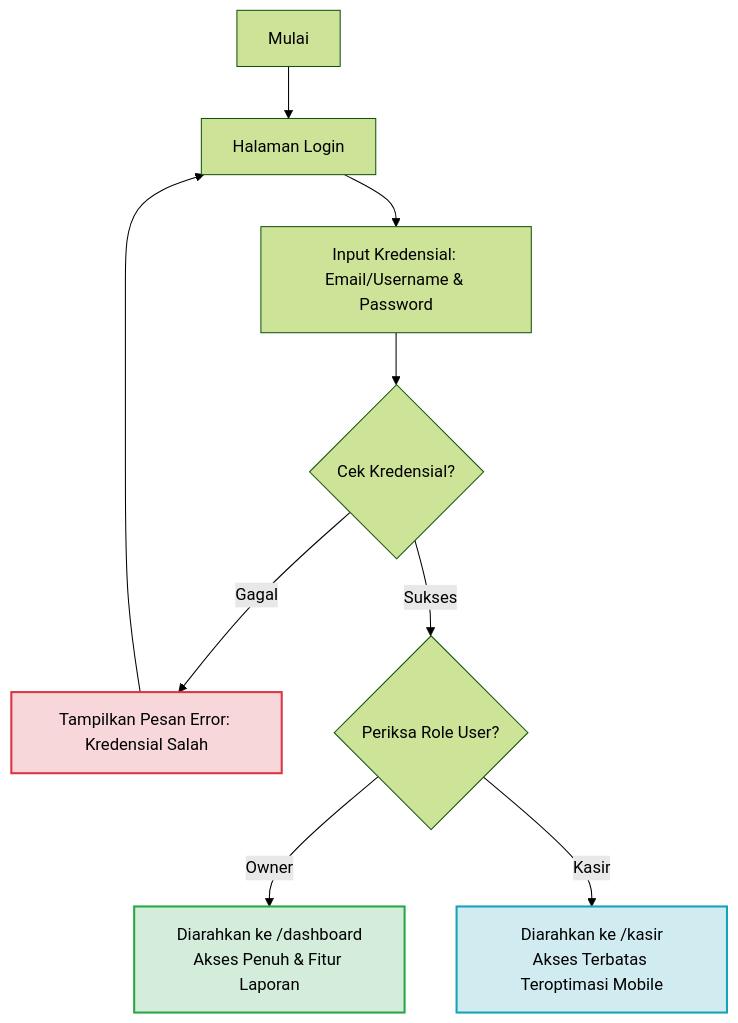
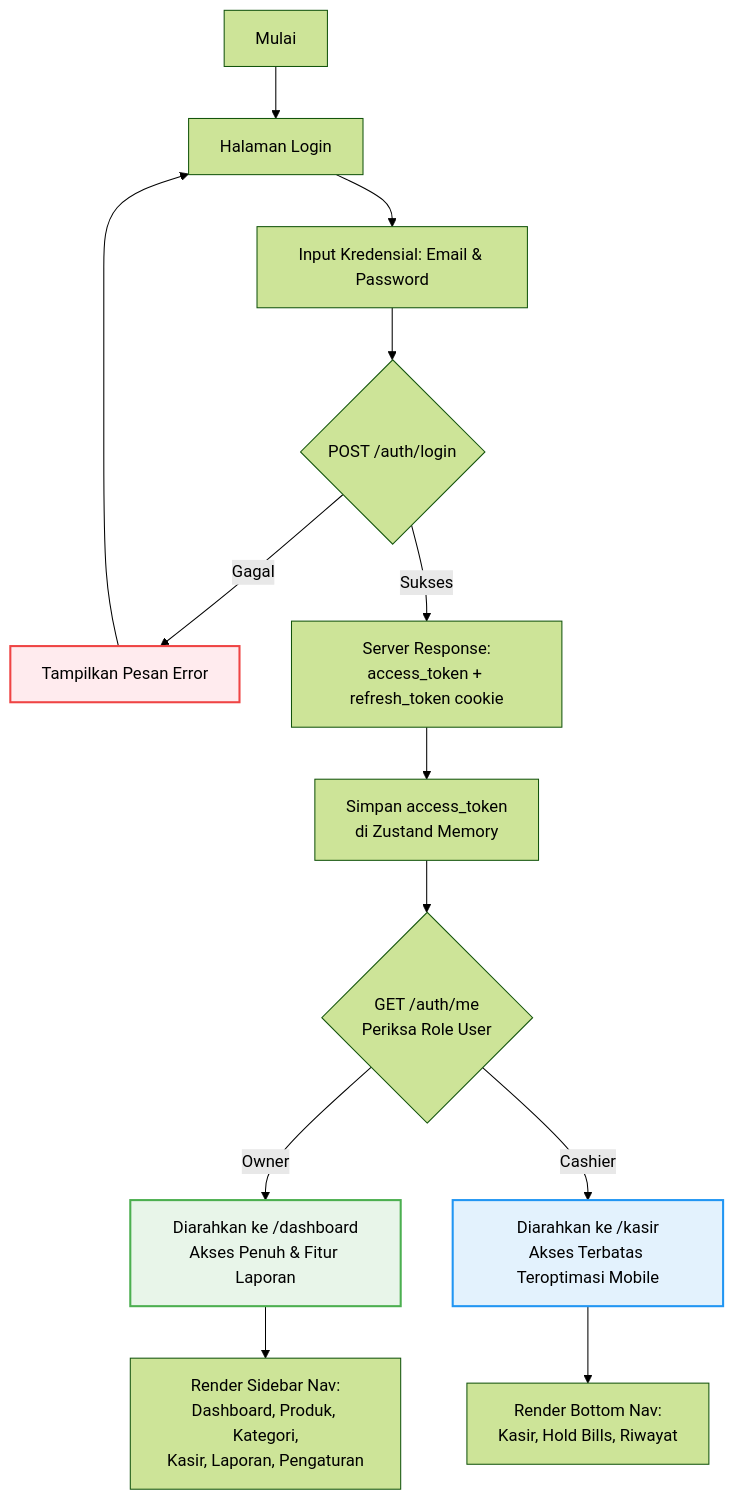
One commit to luthfi-indrawan/SmartCost changed the first of 5 diagrams in docs/USER_FLOW.md. Above: the diagram before and after it, drawn with Mermaid (forest theme). The commit also changed other lines of this file and 11 other files, not shown here.

````diff
--- a/docs/USER_FLOW.md
+++ b/docs/USER_FLOW.md
@@ -17,17 +17,23 @@
 ```mermaid
 graph TD
     A[Mulai] --> B[Halaman Login]
-    B --> C[Input Kredensial: Email/Username & Password]
-    C --> D{Cek Kredensial?}
+    B --> C[Input Kredensial: Email & Password]
+    C --> D{POST /auth/login}
 
-    D -- Gagal --> E[Tampilkan Pesan Error: Kredensial Salah]
+    D -- Gagal --> E[Tampilkan Pesan Error]
     E --> B
 
-    D -- Sukses --> F{Periksa Role User?}
-    F -- Owner --> G[Diarahkan ke /dashboard<br>Akses Penuh & Fitur Laporan]
-    F -- Kasir --> H[Diarahkan ke /kasir<br>Akses Terbatas Teroptimasi Mobile]
+    D -- Sukses --> F[Server Response:<br/>access_token + refresh_token cookie]
+    F --> G[Simpan access_token<br/>di Zustand Memory]
+    G --> H{GET /auth/me<br/>Periksa Role User}
 
-    style G fill:#d4edda,stroke:#28a745,stroke-width:2px
-    style H fill:#d1ecf1,stroke:#17a2b8,stroke-width:2px
-    style E fill:#f8d7da,stroke:#dc3545,stroke-width:2px
+    H -- Owner --> I[Diarahkan ke /dashboard<br/>Akses Penuh & Fitur Laporan]
+    H -- Cashier --> J[Diarahkan ke /kasir<br/>Akses Terbatas Teroptimasi Mobile]
+
+    I --> K[Render Sidebar Nav:<br/>Dashboard, Produk, Kategori,<br/>Kasir, Laporan, Pengaturan]
+    J --> L[Render Bottom Nav:<br/>Kasir, Hold Bills, Riwayat]
+
+    style I fill:#E8F5E9,stroke:#4CAF50,stroke-width:2px
+    style J fill:#E3F2FD,stroke:#2196F3,stroke-width:2px
+    style E fill:#FFEBEE,stroke:#EF4444,stroke-width:2px
 ```
````
